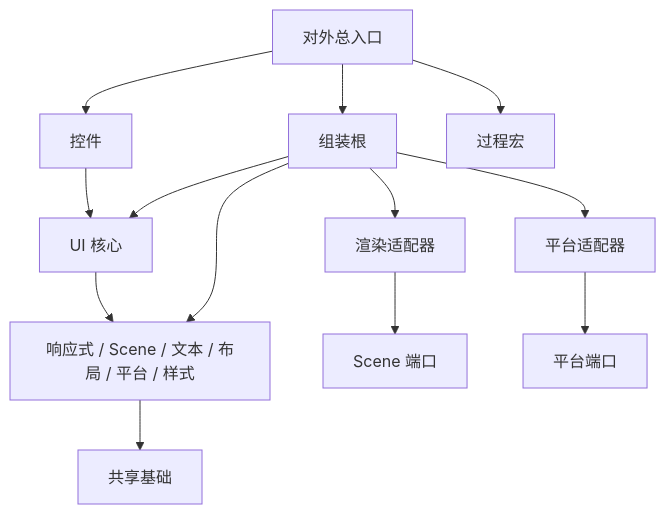
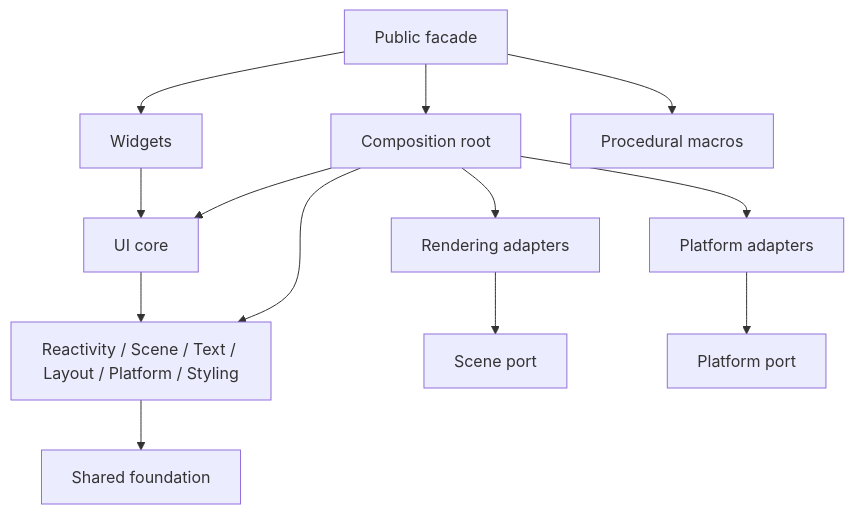
One commit to oxiview/oxiview changed the diagram in docs/architecture.md. Above: the diagram before and after it, drawn with Mermaid. The commit also changed other lines of this file and 60 other files, not shown here.

````diff
--- a/docs/architecture.md
+++ b/docs/architecture.md
@@ -13,15 +13,15 @@
 ```mermaid
 flowchart TD
-    facade[对外总入口] --> app[组装根]
-    facade --> widgets[控件]
-    facade --> macros[过程宏]
-    widgets --> core[UI 核心]
+    facade[Public facade] --> app[Composition root]
+    facade --> widgets[Widgets]
+    facade --> macros[Procedural macros]
+    widgets --> core[UI core]
     app --> core
-    core --> ports[响应式 / Scene / 文本 / 布局 / 平台 / 样式]
+    core --> ports[Reactivity / Scene / Text / Layout / Platform / Styling]
     app --> ports
-    app --> render[渲染适配器]
-    app --> platform[平台适配器]
-    render --> scene[Scene 端口]
-    platform --> platform_port[平台端口]
-    ports --> base[共享基础]
+    app --> render[Rendering adapters]
+    app --> platform[Platform adapters]
+    render --> scene[Scene port]
+    platform --> platform_port[Platform port]
+    ports --> base[Shared foundation]
 ```
````
